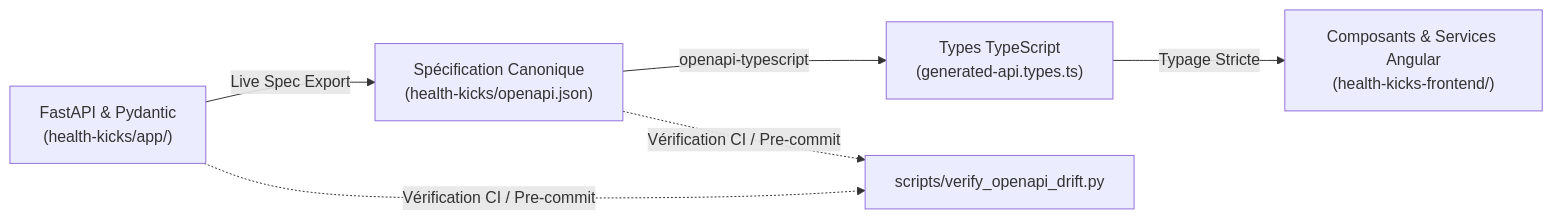
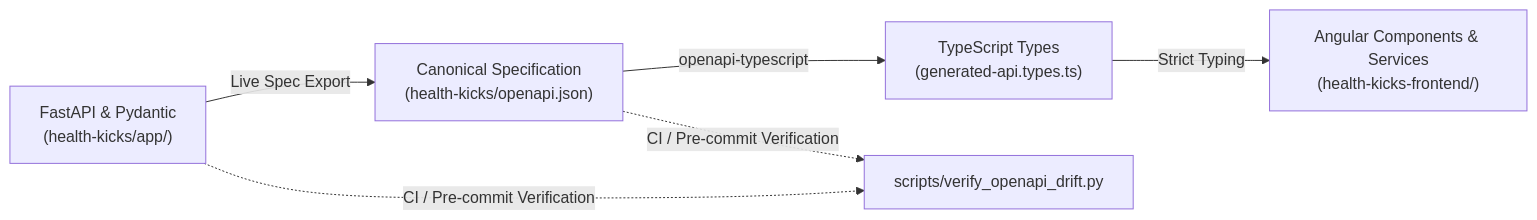
One commit to daverck/health-kicks-ecosystem changed the first of 2 diagrams in docs/architecture/spec_first_workflow.md. Above: the diagram before and after it, drawn with Mermaid. The commit also changed other lines of this file and 20 other files, not shown here.

````diff
--- a/docs/architecture/spec_first_workflow.md
+++ b/docs/architecture/spec_first_workflow.md
@@ -21,8 +21,8 @@
 ```mermaid
 flowchart LR
-    A["FastAPI & Pydantic<br/>(health-kicks/app/)"] -->|Live Spec Export| B["Spécification Canonique<br/>(health-kicks/openapi.json)"]
-    B -->|openapi-typescript| C["Types TypeScript<br/>(generated-api.types.ts)"]
-    C -->|Typage Stricte| D["Composants & Services Angular<br/>(health-kicks-frontend/)"]
-    B -.->|Vérification CI / Pre-commit| E["scripts/verify_openapi_drift.py"]
-    A -.->|Vérification CI / Pre-commit| E
+    A["FastAPI & Pydantic<br/>(health-kicks/app/)"] -->|Live Spec Export| B["Canonical Specification<br/>(health-kicks/openapi.json)"]
+    B -->|openapi-typescript| C["TypeScript Types<br/>(generated-api.types.ts)"]
+    C -->|Strict Typing| D["Angular Components & Services<br/>(health-kicks-frontend/)"]
+    B -.->|CI / Pre-commit Verification| E["scripts/verify_openapi_drift.py"]
+    A -.->|CI / Pre-commit Verification| E
 ```
````
